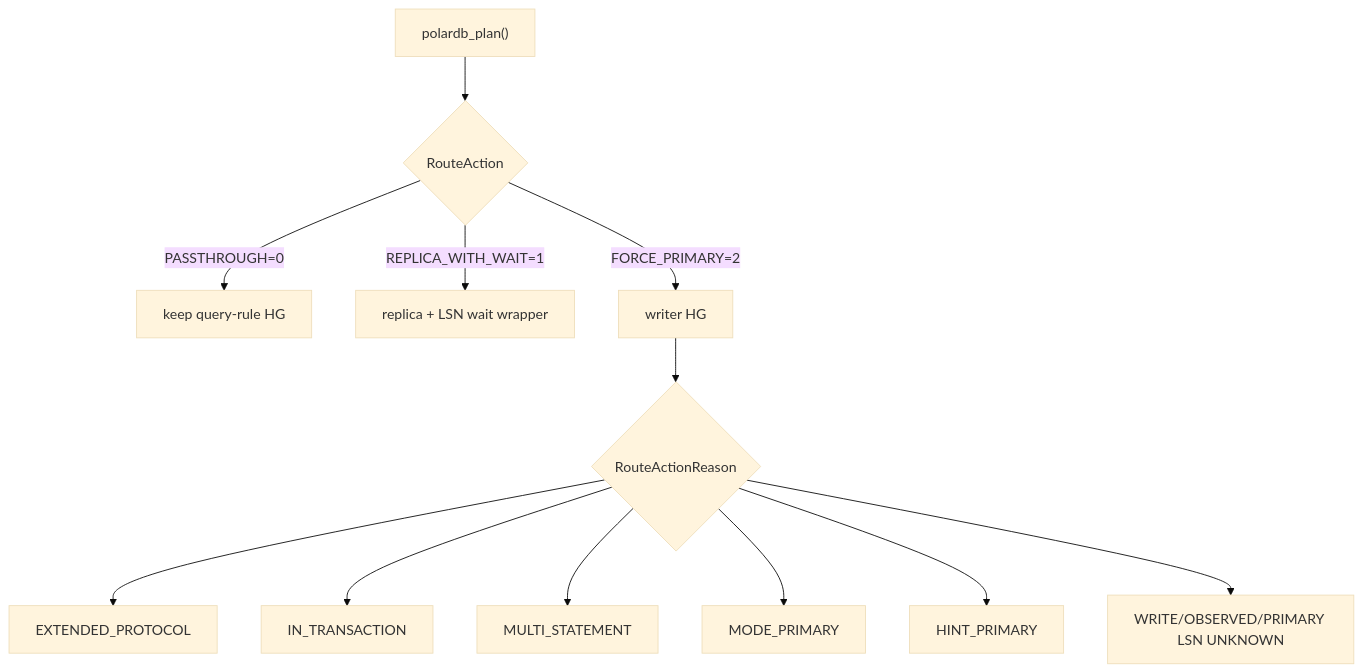
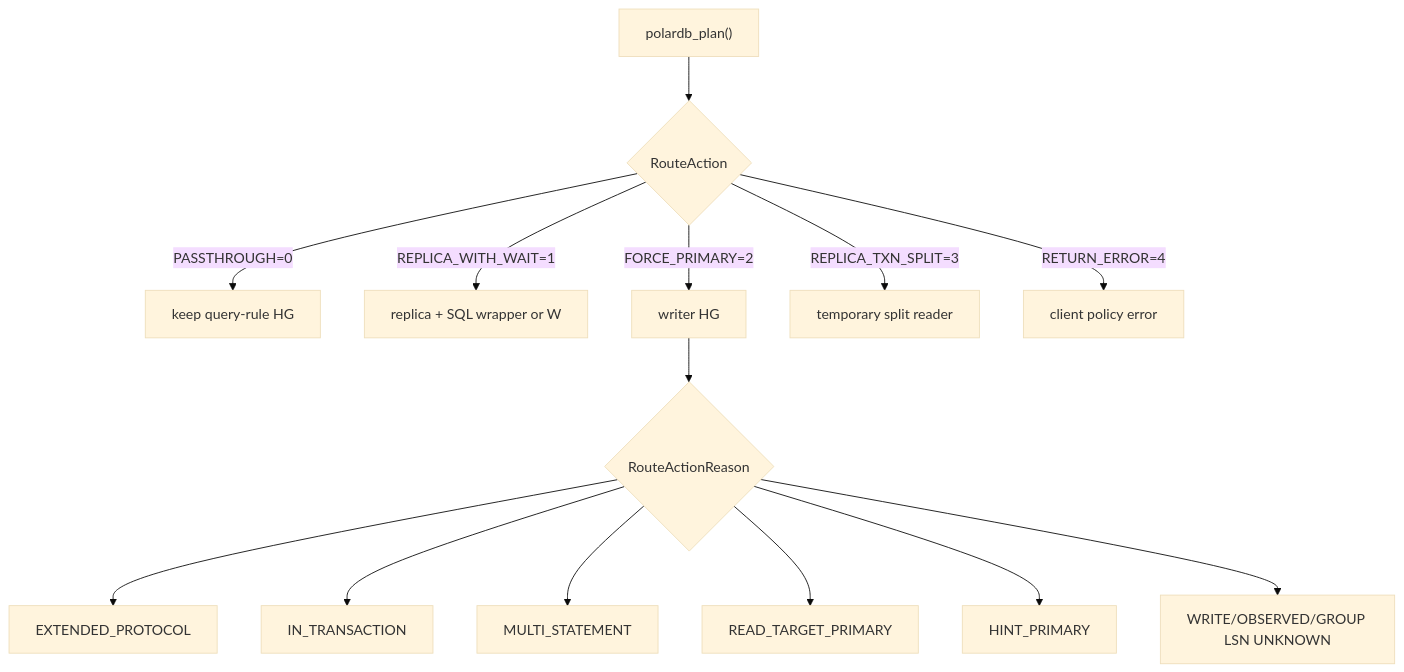
One commit to awide-labs/polar-proxy changed the third of 3 diagrams in doc/polardb-arch/03-TYPES-AND-ENUMS.md. Above: the diagram before and after it, drawn with Mermaid (base theme). The commit also changed other lines of this file and 29 other files, not shown here.

First line of the commit message:
docs(polardb): document v15_wait extended query flow

````diff
--- a/doc/polardb-arch/03-TYPES-AND-ENUMS.md
+++ b/doc/polardb-arch/03-TYPES-AND-ENUMS.md
@@ -529,14 +539,16 @@
 ```mermaid
 flowchart TD
     P["polardb_plan()"] --> A{RouteAction}
     A -->|PASSTHROUGH=0| PT["keep query-rule HG"]
-    A -->|REPLICA_WITH_WAIT=1| RW["replica + LSN wait wrapper"]
+    A -->|REPLICA_WITH_WAIT=1| RW["replica + SQL wrapper or W"]
     A -->|FORCE_PRIMARY=2| FP["writer HG"]
+    A -->|REPLICA_TXN_SPLIT=3| TS["temporary split reader"]
+    A -->|RETURN_ERROR=4| ER["client policy error"]
     FP --> V{RouteActionReason}
     V --> V1["EXTENDED_PROTOCOL"]
     V --> V2["IN_TRANSACTION"]
     V --> V3["MULTI_STATEMENT"]
-    V --> V4["MODE_PRIMARY"]
+    V --> V4["READ_TARGET_PRIMARY"]
     V --> V5["HINT_PRIMARY"]
-    V --> V6["WRITE/OBSERVED/PRIMARY LSN UNKNOWN"]
+    V --> V6["WRITE/OBSERVED/GROUP LSN UNKNOWN"]
 ```
````
